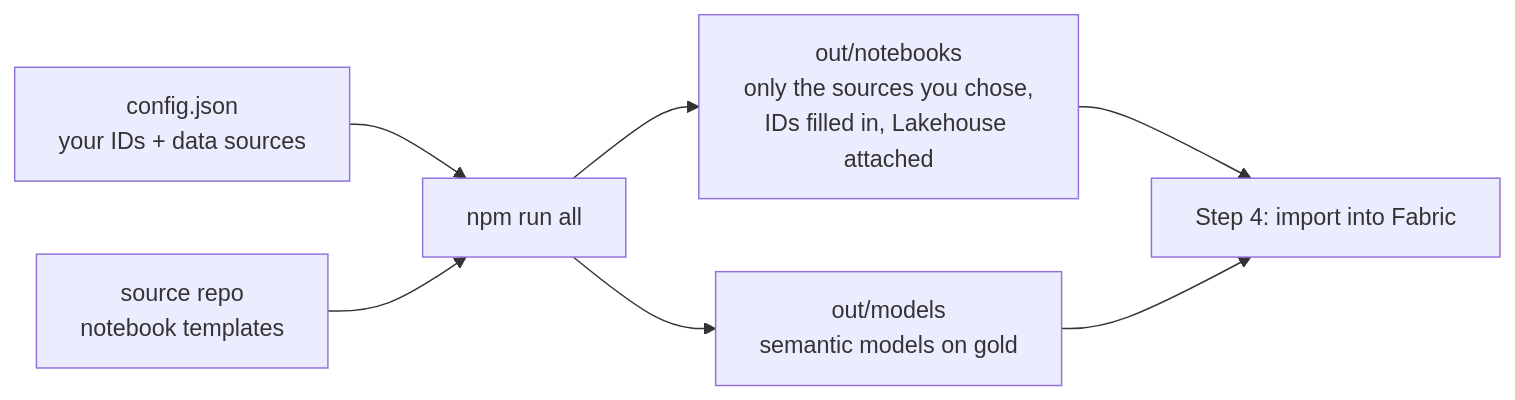
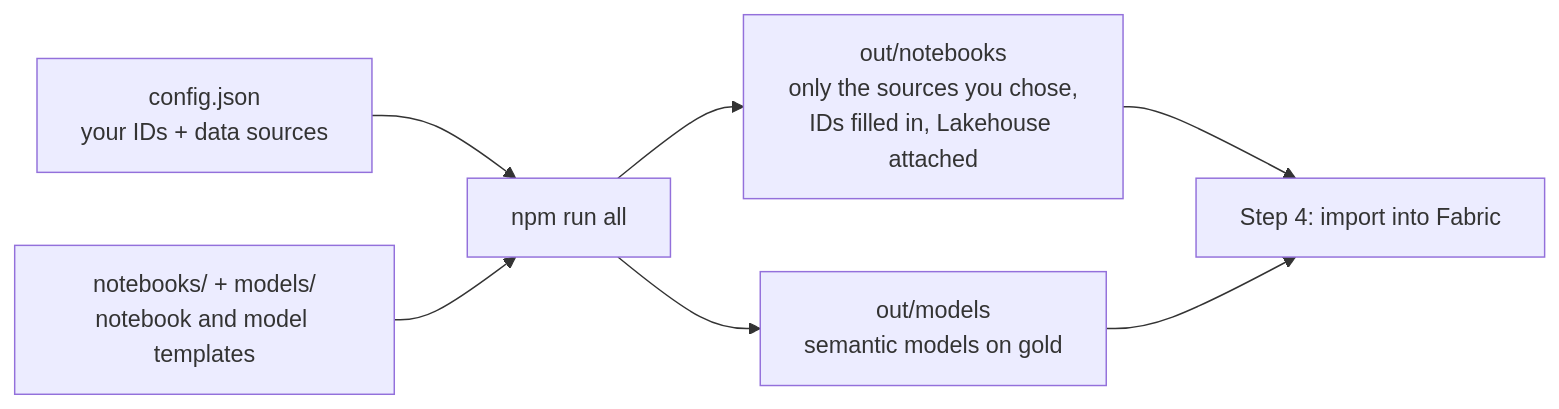
The diagram in 03-configure/README.md (microsoft/universal-lake), drawn with Mermaid before and after one commit. The commit also changed other lines of this file and 49 other files, not shown here.

First line of the commit message:
Own the notebooks, build and model definitions; remove ValueLens references; clarify Azure AI access

````diff
--- a/03-configure/README.md
+++ b/03-configure/README.md
@@ -5,9 +5,9 @@
 ```mermaid
 flowchart LR
   A["config.json<br/>your IDs + data sources"] --> B["npm run all"]
-  S["source repo<br/>notebook templates"] --> B
+  S["notebooks/ + models/<br/>notebook and model templates"] --> B
   B --> N["out/notebooks<br/>only the sources you chose,<br/>IDs filled in, Lakehouse attached"]
   B --> M["out/models<br/>semantic models on gold"]
   N --> I["Step 4: import into Fabric"]
   M --> I
 ```
````
